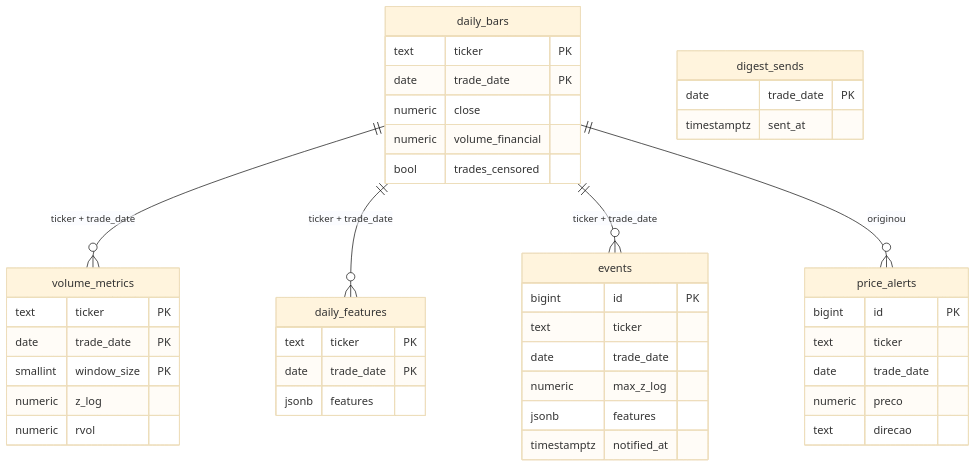
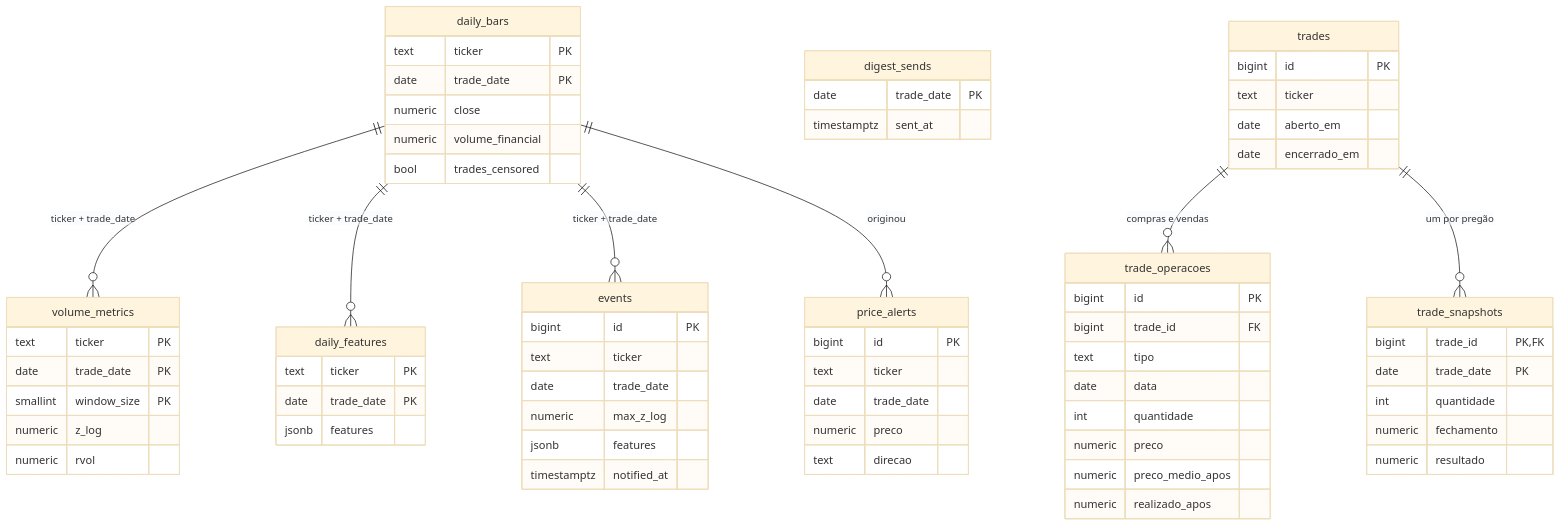
The diagram in README.md (timmtimm1/volume-scanner-b3), drawn with Mermaid (base theme) before and after one commit. The commit also changed other lines of this file and 10 other files, not shown here.

````diff
--- a/README.md
+++ b/README.md
@@ -356,46 +358,71 @@
 ```mermaid
 erDiagram
     daily_bars {
         text ticker PK
         date trade_date PK
         numeric close
         numeric volume_financial
         bool trades_censored
     }
     volume_metrics {
         text ticker PK
         date trade_date PK
         smallint window_size PK
         numeric z_log
         numeric rvol
     }
     daily_features {
         text ticker PK
         date trade_date PK
         jsonb features
     }
     events {
         bigint id PK
         text ticker
         date trade_date
         numeric max_z_log
         jsonb features
         timestamptz notified_at
     }
     digest_sends {
         date trade_date PK
         timestamptz sent_at
     }
     price_alerts {
         bigint id PK
         text ticker
         date trade_date
         numeric preco
         text direcao
     }
+    trades {
+        bigint id PK
+        text ticker
+        date aberto_em
+        date encerrado_em
+    }
+    trade_operacoes {
+        bigint id PK
+        bigint trade_id FK
+        text tipo
+        date data
+        int quantidade
+        numeric preco
+        numeric preco_medio_apos
+        numeric realizado_apos
+    }
+    trade_snapshots {
+        bigint trade_id PK, FK
+        date trade_date PK
+        int quantidade
+        numeric fechamento
+        numeric resultado
+    }
 
     daily_bars ||--o{ volume_metrics : "ticker + trade_date"
     daily_bars ||--o{ daily_features : "ticker + trade_date"
     daily_bars ||--o{ events : "ticker + trade_date"
     daily_bars ||--o{ price_alerts : "originou"
+    trades ||--o{ trade_operacoes : "compras e vendas"
+    trades ||--o{ trade_snapshots : "um por pregão"
 ```
````
